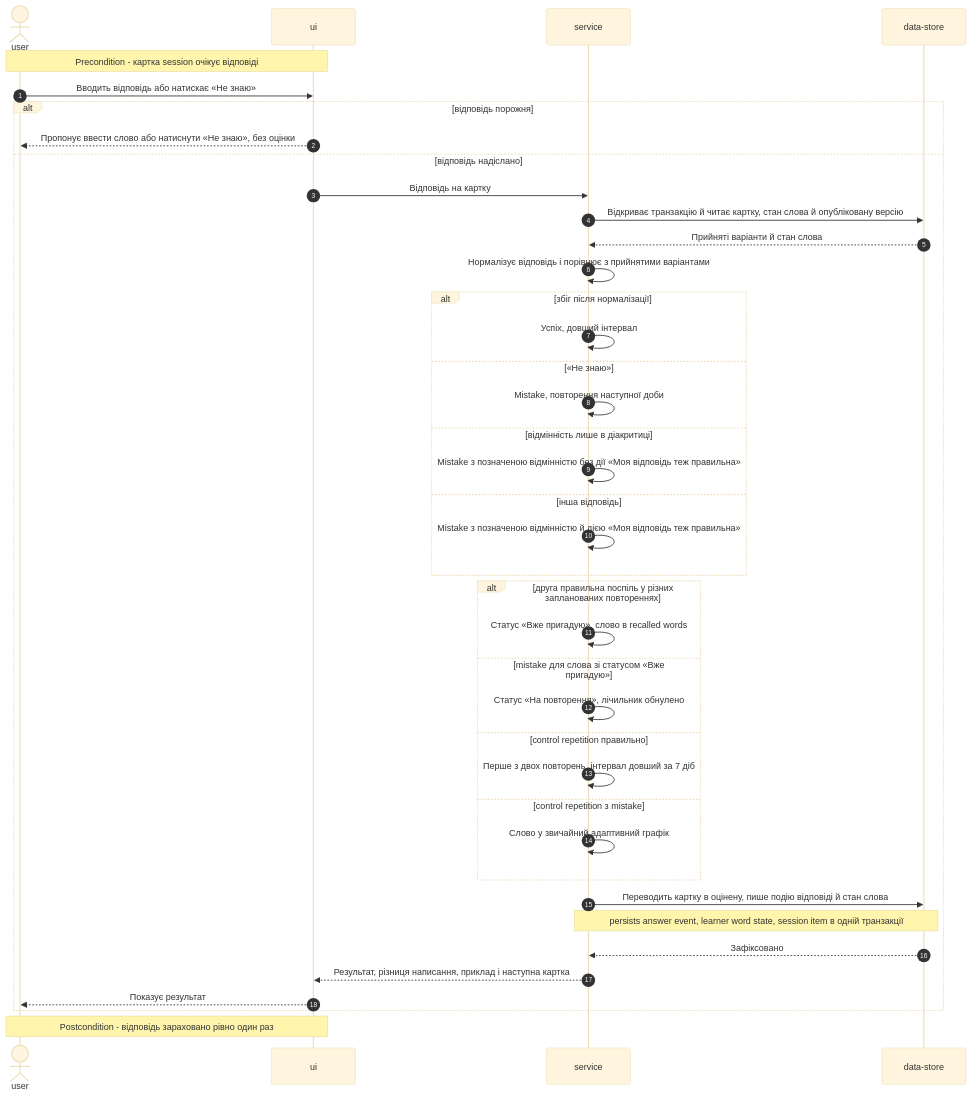
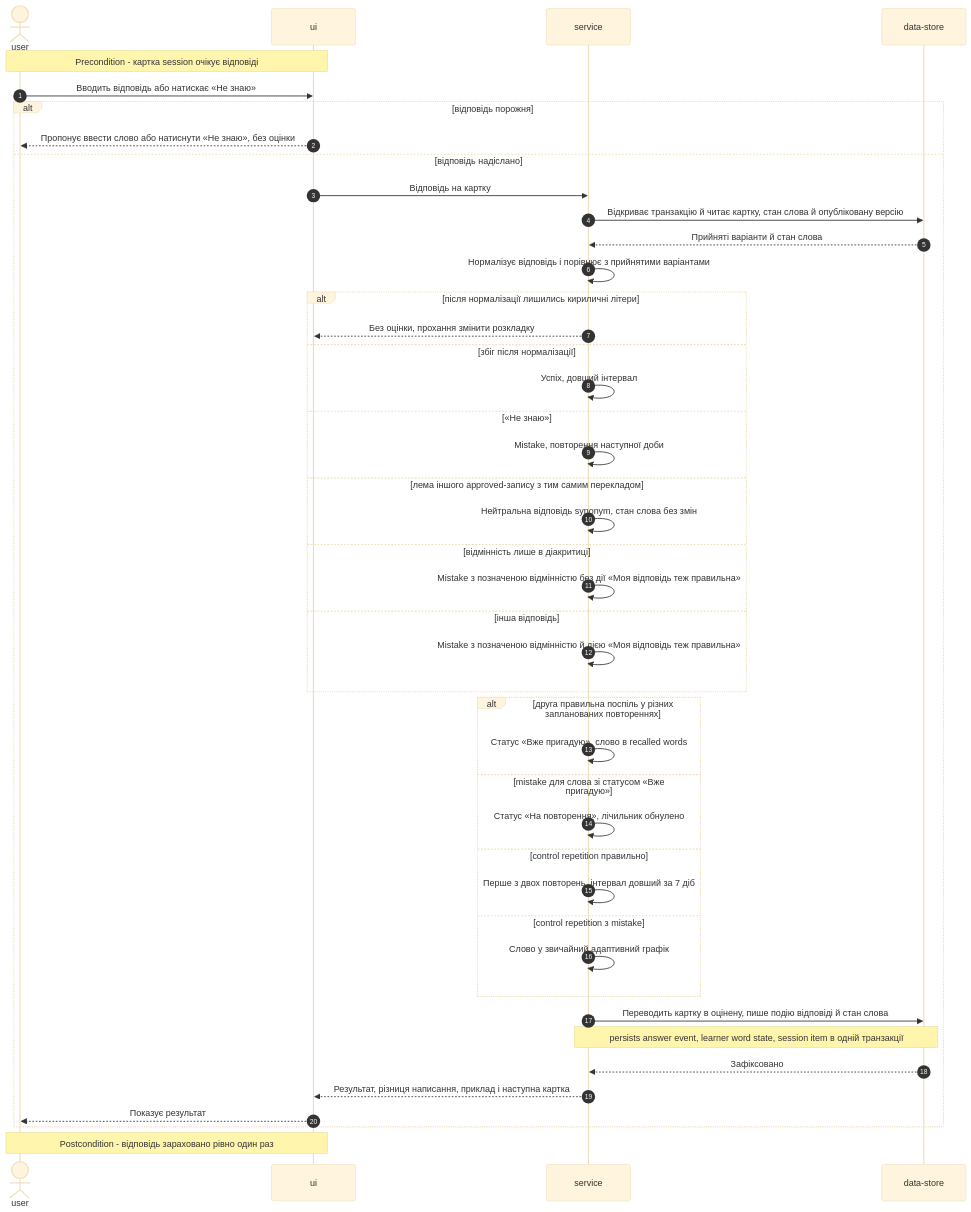
One commit to HeliosPersonal/constant-learning changed the eighth of 17 diagrams in docs/features/personal-trainer-mvp/sad.md. Above: the diagram before and after it, drawn with Mermaid (base theme). The commit also changed other lines of this file and 56 other files, not shown here.

````diff
--- a/docs/features/personal-trainer-mvp/sad.md
+++ b/docs/features/personal-trainer-mvp/sad.md
@@ -318,43 +318,47 @@
 ```mermaid
 sequenceDiagram
     autonumber
     actor U as user
     participant UI as ui
     participant S as service
     participant D as data-store
 
     Note over U,UI: Precondition - картка session очікує відповіді
     U->>UI: Вводить відповідь або натискає «Не знаю»
     alt відповідь порожня
         UI-->>U: Пропонує ввести слово або натиснути «Не знаю», без оцінки
     else відповідь надіслано
         UI->>S: Відповідь на картку
         S->>D: Відкриває транзакцію й читає картку, стан слова й опубліковану версію
         D-->>S: Прийняті варіанти й стан слова
         S->>S: Нормалізує відповідь і порівнює з прийнятими варіантами
-        alt збіг після нормалізації
+        alt після нормалізації лишились кириличні літери
+            S-->>UI: Без оцінки, прохання змінити розкладку
+        else збіг після нормалізації
             S->>S: Успіх, довший інтервал
         else «Не знаю»
             S->>S: Mistake, повторення наступної доби
+        else лема іншого approved-запису з тим самим перекладом
+            S->>S: Нейтральна відповідь synonym, стан слова без змін
         else відмінність лише в діакритиці
             S->>S: Mistake з позначеною відмінністю без дії «Моя відповідь теж правильна»
         else інша відповідь
             S->>S: Mistake з позначеною відмінністю й дією «Моя відповідь теж правильна»
         end
         alt друга правильна поспіль у різних запланованих повтореннях
             S->>S: Статус «Вже пригадую», слово в recalled words
         else mistake для слова зі статусом «Вже пригадую»
             S->>S: Статус «На повторення», лічильник обнулено
         else control repetition правильно
             S->>S: Перше з двох повторень, інтервал довший за 7 діб
         else control repetition з mistake
             S->>S: Слово у звичайний адаптивний графік
         end
         S->>D: Переводить картку в оцінену, пише подію відповіді й стан слова
         Note over S,D: persists answer event, learner word state, session item в одній транзакції
         D-->>S: Зафіксовано
         S-->>UI: Результат, різниця написання, приклад і наступна картка
         UI-->>U: Показує результат
     end
     Note over U,UI: Postcondition - відповідь зараховано рівно один раз
 ```
````
